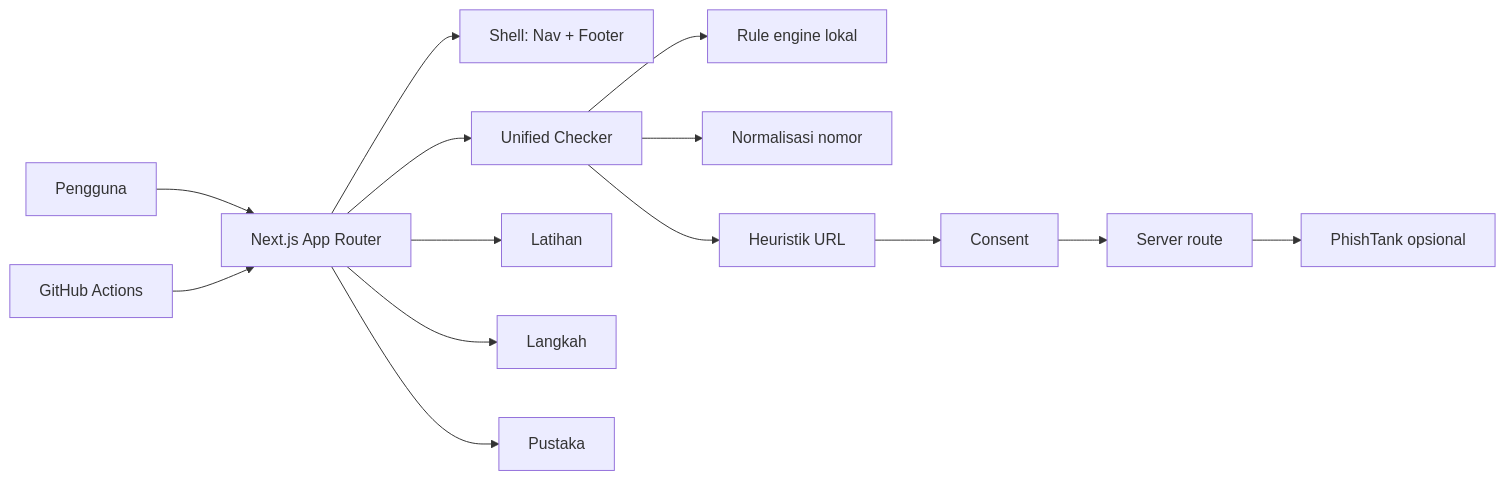
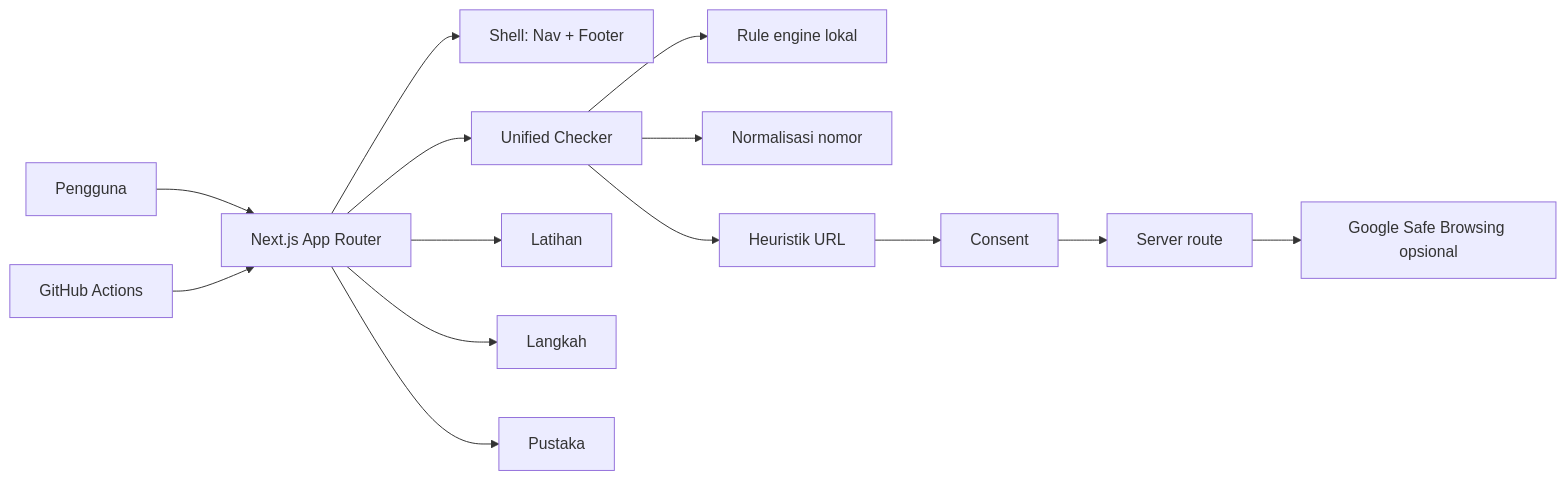
One commit to hissyam90/saring-app changed the diagram in README.md. Above: the diagram before and after it, drawn with Mermaid. The commit also changed other lines of this file and 19 other files, not shown here.

First line of the commit message:
feat(reputation): ganti PhishTank dengan Google Safe Browsing

````diff
--- a/README.md
+++ b/README.md
@@ -103,16 +103,16 @@
 ```mermaid
 flowchart LR
   User[Pengguna] --> App[Next.js App Router]
   App --> Shell[Shell: Nav + Footer]
   App --> Checker[Unified Checker]
   Checker --> Message[Rule engine lokal]
   Checker --> Phone[Normalisasi nomor]
   Checker --> URL[Heuristik URL]
   URL --> Consent[Consent]
   Consent --> Route[Server route]
-  Route --> PT[PhishTank opsional]
+  Route --> PT[Google Safe Browsing opsional]
   App --> Training[Latihan]
   App --> Guide[Langkah]
   App --> Library[Pustaka]
   CI[GitHub Actions] --> App
 ```
````
